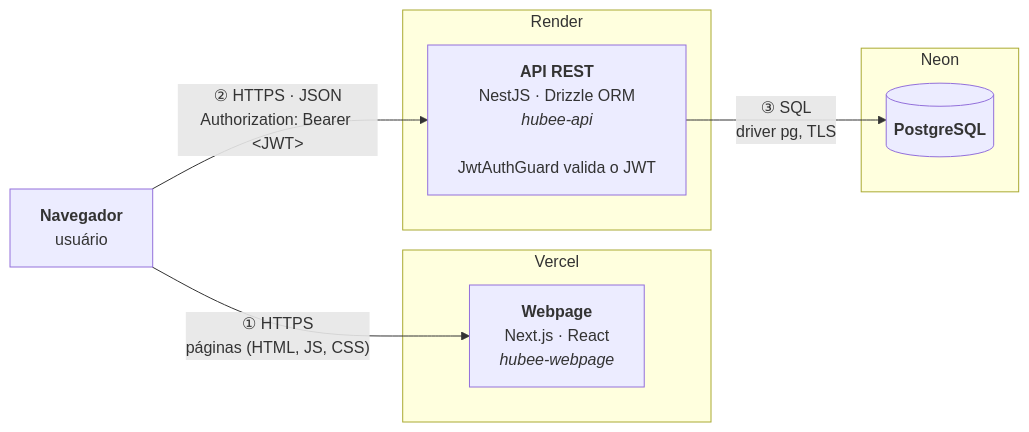
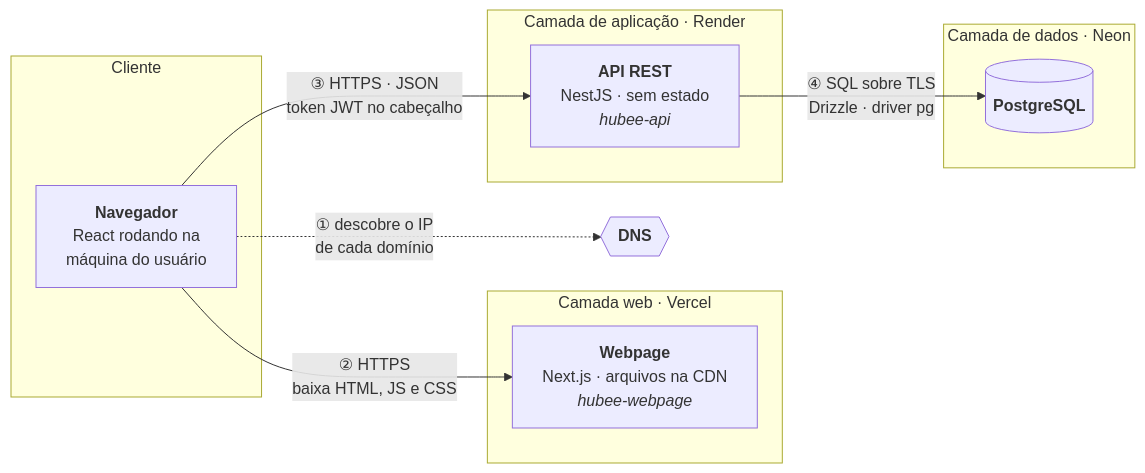
Before and after one commit to Hubee-Unifesp/alexandrita-docs: the first of 3 diagrams in docs/infra/arquitetura.md, drawn with Mermaid. The commit also changed other lines of this file, not shown here.

Commit message:
docs: atualiza diagrama de arquitetura com detalhes sobre camadas e fluxos de requisição

````diff
--- a/docs/infra/arquitetura.md
+++ b/docs/infra/arquitetura.md
@@ -11,20 +15,25 @@
 ```mermaid
 flowchart LR
-    U["<b>Navegador</b><br/>usuário"]
-
-    subgraph VERCEL["Vercel"]
-        W["<b>Webpage</b><br/>Next.js · React<br/><i>hubee-webpage</i>"]
+    subgraph CLIENTE["Cliente"]
+        U["<b>Navegador</b><br/>React rodando na<br/>máquina do usuário"]
     end
 
-    subgraph RENDER["Render"]
-        A["<b>API REST</b><br/>NestJS · Drizzle ORM<br/><i>hubee-api</i><br/><br/>JwtAuthGuard valida o JWT"]
+    DNS{{"<b>DNS</b>"}}
+
+    subgraph WEB["Camada web · Vercel"]
+        W["<b>Webpage</b><br/>Next.js · arquivos na CDN<br/><i>hubee-webpage</i>"]
     end
 
-    subgraph NEON["Neon"]
+    subgraph APP["Camada de aplicação · Render"]
+        A["<b>API REST</b><br/>NestJS · sem estado<br/><i>hubee-api</i>"]
+    end
+
+    subgraph DATA["Camada de dados · Neon"]
         D[("<b>PostgreSQL</b>")]
     end
 
-    U -- "① HTTPS<br/>páginas (HTML, JS, CSS)" --> W
-    U -- "② HTTPS · JSON<br/>Authorization: Bearer &lt;JWT&gt;" --> A
-    A -- "③ SQL<br/>driver pg, TLS" --> D
+    U -. "① descobre o IP<br/>de cada domínio" .-> DNS
+    U -- "② HTTPS<br/>baixa HTML, JS e CSS" --> W
+    U -- "③ HTTPS · JSON<br/>token JWT no cabeçalho" --> A
+    A -- "④ SQL sobre TLS<br/>Drizzle · driver pg" --> D
 ```
````
